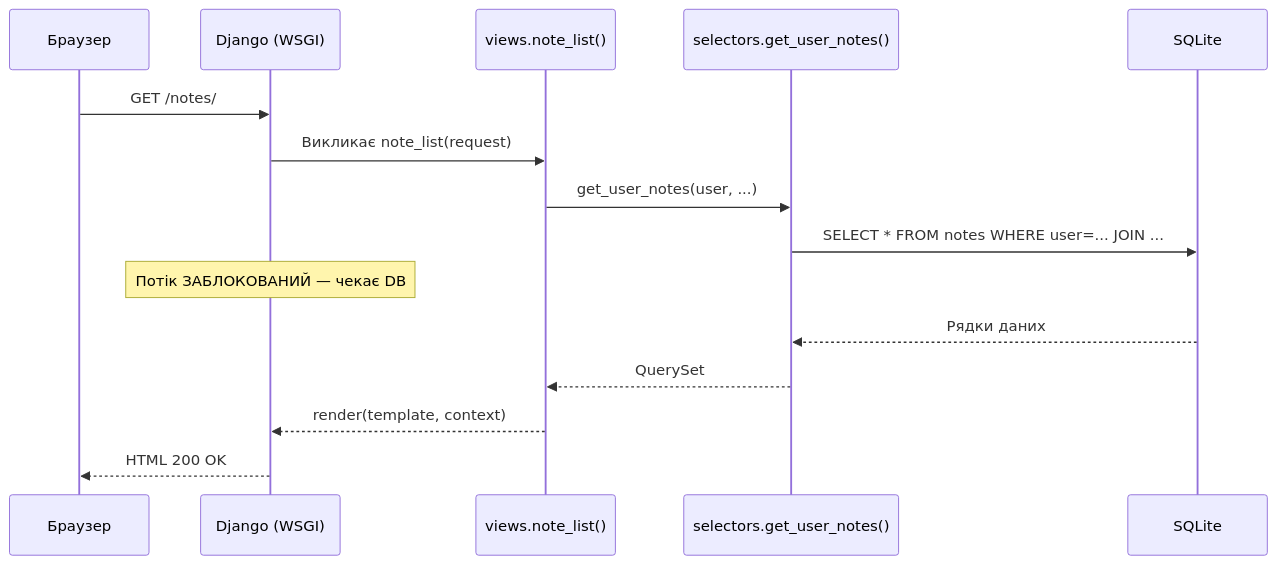
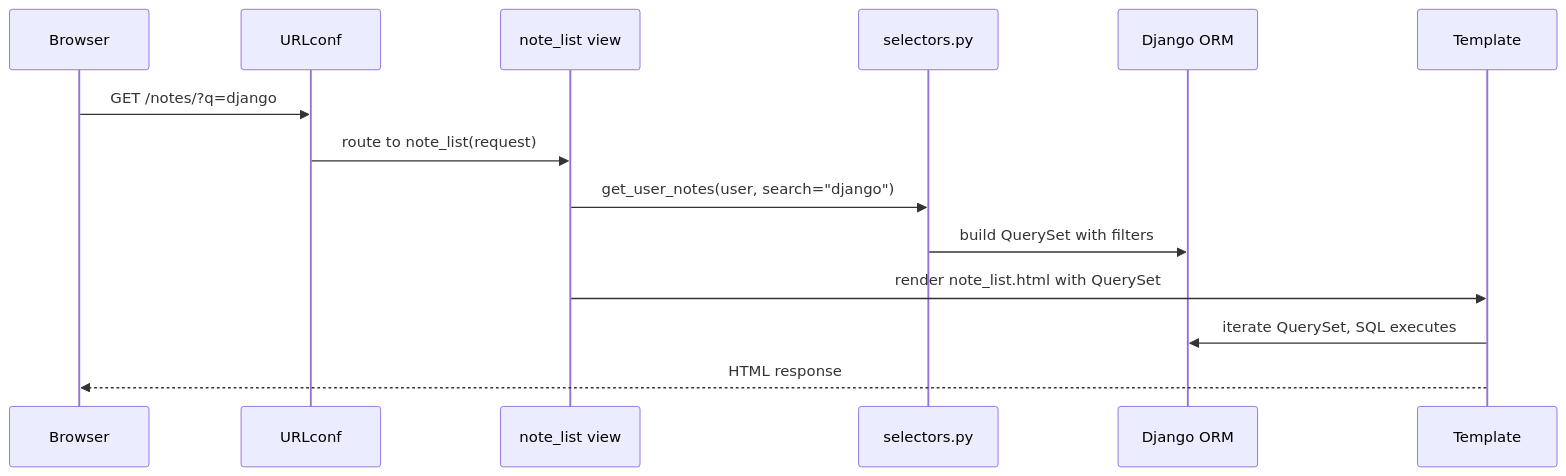
One commit to NikoriakViktot/notes_chat_app changed the second of 5 diagrams in README.md. Above: the diagram before and after it, drawn with Mermaid. The commit also changed other lines of this file, not shown here.

````diff
--- a/README.md
+++ b/README.md
@@ -117,18 +385,17 @@
 ```mermaid
 sequenceDiagram
-    participant Browser as Браузер
-    participant Django as Django (WSGI)
-    participant View as views.note_list()
-    participant Selector as selectors.get_user_notes()
-    participant DB as SQLite
+    participant B as Browser
+    participant U as URLconf
+    participant V as note_list view
+    participant S as selectors.py
+    participant M as Django ORM
+    participant T as Template
 
-    Browser->>Django: GET /notes/
-    Django->>View: Викликає note_list(request)
-    View->>Selector: get_user_notes(user, ...)
-    Selector->>DB: SELECT * FROM notes WHERE user=... JOIN ...
-    Note over Django: Потік ЗАБЛОКОВАНИЙ — чекає DB
-    DB-->>Selector: Рядки даних
-    Selector-->>View: QuerySet
-    View-->>Django: render(template, context)
-    Django-->>Browser: HTML 200 OK
+    B->>U: GET /notes/?q=django
+    U->>V: route to note_list(request)
+    V->>S: get_user_notes(user, search="django")
+    S->>M: build QuerySet with filters
+    V->>T: render note_list.html with QuerySet
+    T->>M: iterate QuerySet, SQL executes
+    T-->>B: HTML response
 ```
````
